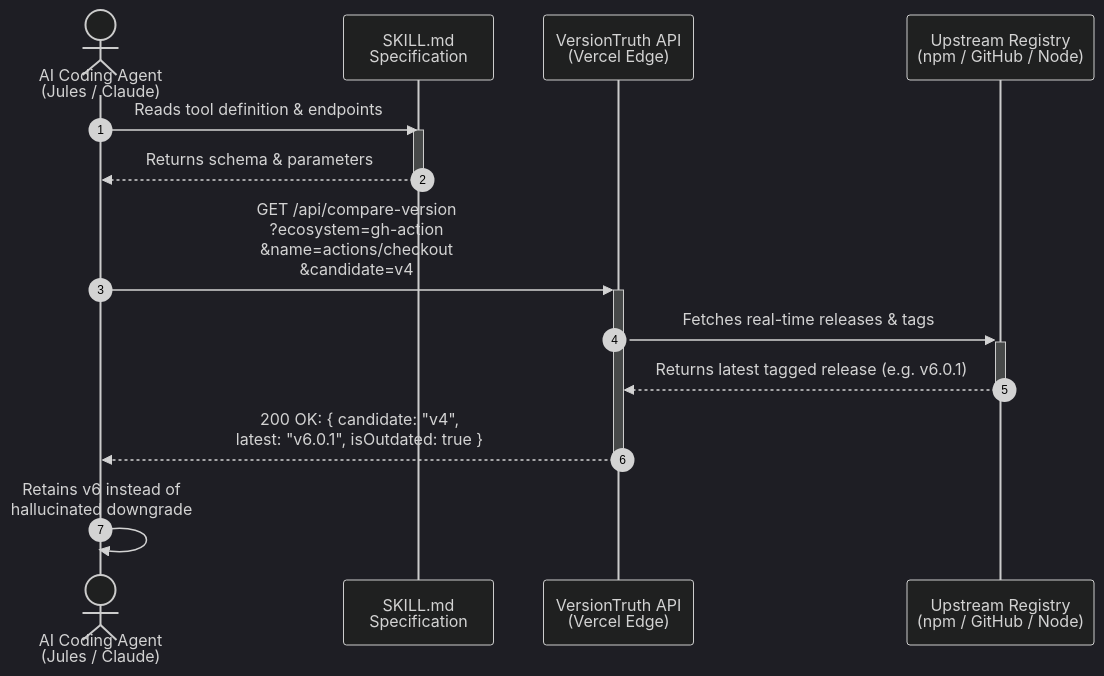
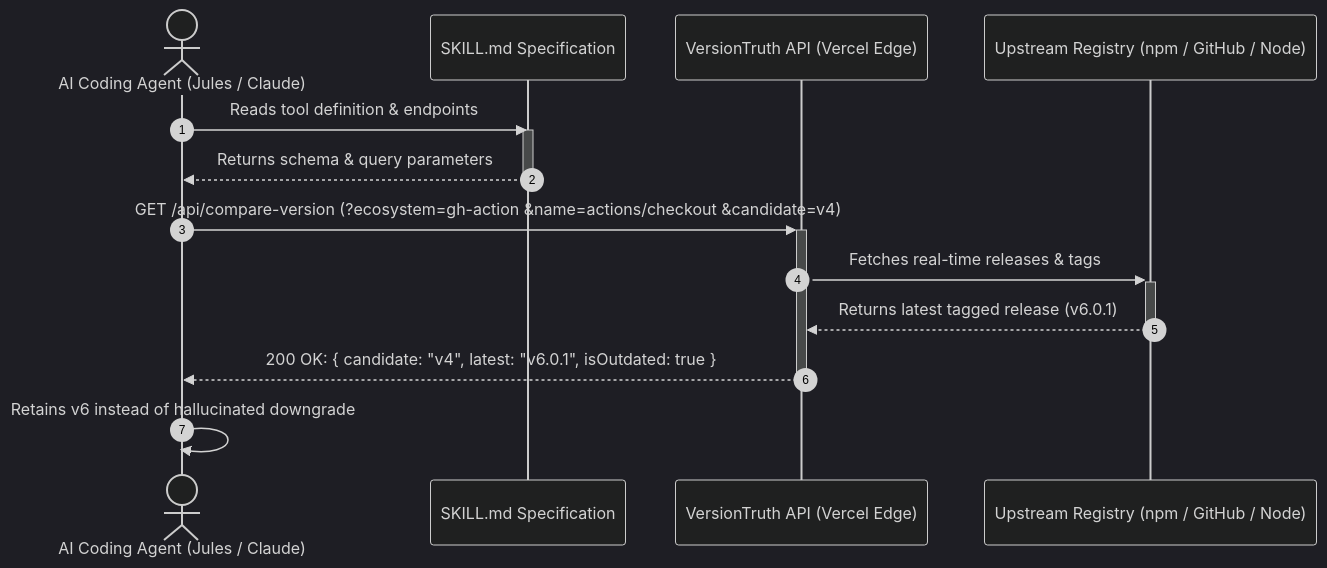
Before and after one commit to arii/portfolio: the diagram in src/content/research/versiontruth.md, drawn with Mermaid (dark theme). The commit also changed 3 other files, not shown here.

First line of the commit message:
Improve and polish Mermaid diagrams across research articles

````diff
--- a/src/content/research/versiontruth.md
+++ b/src/content/research/versiontruth.md
@@ -31,23 +31,23 @@
 ```mermaid
 sequenceDiagram
     autonumber
 
-    actor Agent as AI Coding Agent<br/>(Jules / Claude)
-    participant Skill as SKILL.md<br/>Specification
-    participant API as VersionTruth API<br/>(Vercel Edge)
-    participant Reg as Upstream Registry<br/>(npm / GitHub / Node)
+    actor Agent as AI Coding Agent (Jules / Claude)
+    participant Skill as SKILL.md Specification
+    participant API as VersionTruth API (Vercel Edge)
+    participant Reg as Upstream Registry (npm / GitHub / Node)
 
     Agent->>Skill: Reads tool definition & endpoints
     activate Skill
-    Skill-->>Agent: Returns schema & parameters
+    Skill-->>Agent: Returns schema & query parameters
     deactivate Skill
 
-    Agent->>+API: GET /api/compare-version<br/>?ecosystem=gh-action<br/>&name=actions/checkout<br/>&candidate=v4
+    Agent->>+API: GET /api/compare-version (?ecosystem=gh-action &name=actions/checkout &candidate=v4)
 
     API->>+Reg: Fetches real-time releases & tags
-    Reg-->>-API: Returns latest tagged release (e.g. v6.0.1)
+    Reg-->>-API: Returns latest tagged release (v6.0.1)
 
-    API-->>-Agent: 200 OK: { candidate: "v4",<br/>latest: "v6.0.1", isOutdated: true }
+    API-->>-Agent: 200 OK: { candidate: "v4", latest: "v6.0.1", isOutdated: true }
 
-    Agent->>Agent: Retains v6 instead of<br/>hallucinated downgrade
+    Agent->>Agent: Retains v6 instead of hallucinated downgrade
 ```
````
